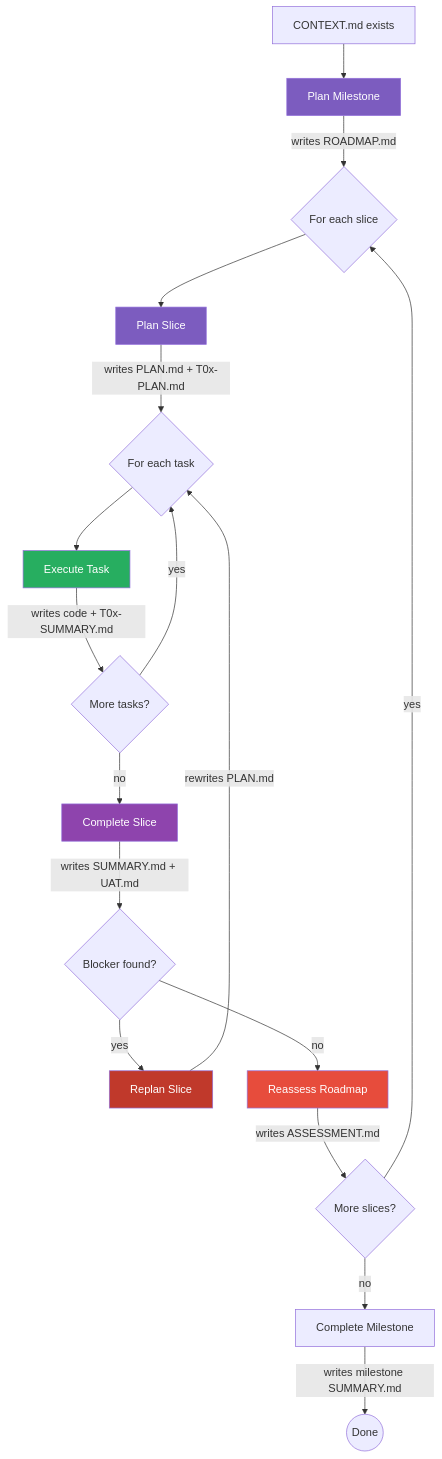
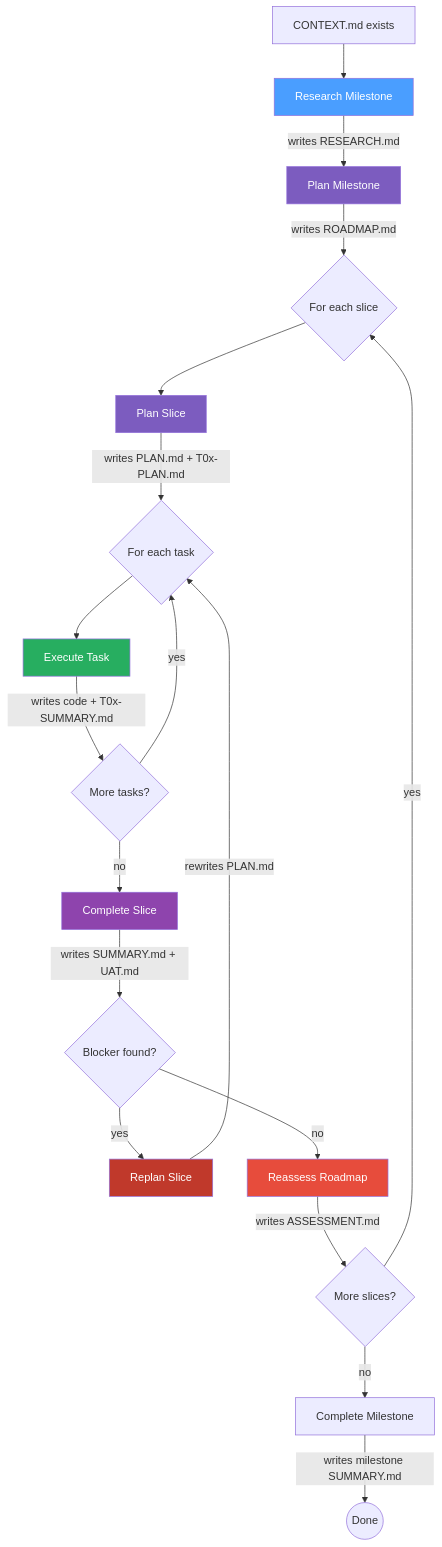
The second of 3 diagrams in docs/configurable-workflow-depth.md (tuansondinh/gsd-2), drawn with Mermaid before and after one commit. The commit also changed other lines of this file and 3 other files, not shown here.

First line of the commit message:
feat: include milestone research in standard planning depth

````diff
--- a/docs/configurable-workflow-depth.md
+++ b/docs/configurable-workflow-depth.md
@@ -58,30 +58,32 @@
 ```mermaid
 flowchart TD
-    A[CONTEXT.md exists] --> C[Plan Milestone]
+    A[CONTEXT.md exists] --> B[Research Milestone]
+    B -->|writes RESEARCH.md| C[Plan Milestone]
     C -->|writes ROADMAP.md| D{For each slice}
 
     D --> F[Plan Slice]
     F -->|writes PLAN.md + T0x-PLAN.md| H{For each task}
 
     H --> I[Execute Task]
     I -->|writes code + T0x-SUMMARY.md| J{More tasks?}
     J -->|yes| H
     J -->|no| K[Complete Slice]
 
     K -->|writes SUMMARY.md + UAT.md| L{Blocker found?}
     L -->|yes| M[Replan Slice]
     M -->|rewrites PLAN.md| H
     L -->|no| N[Reassess Roadmap]
 
     N -->|writes ASSESSMENT.md| O{More slices?}
     O -->|yes| D
     O -->|no| P[Complete Milestone]
     P -->|writes milestone SUMMARY.md| Q((Done))
 
+    style B fill:#4a9eff,color:#fff
     style C fill:#7c5cbf,color:#fff
     style F fill:#7c5cbf,color:#fff
     style I fill:#27ae60,color:#fff
     style K fill:#8e44ad,color:#fff
     style N fill:#e74c3c,color:#fff
     style M fill:#c0392b,color:#fff
 ```
````
